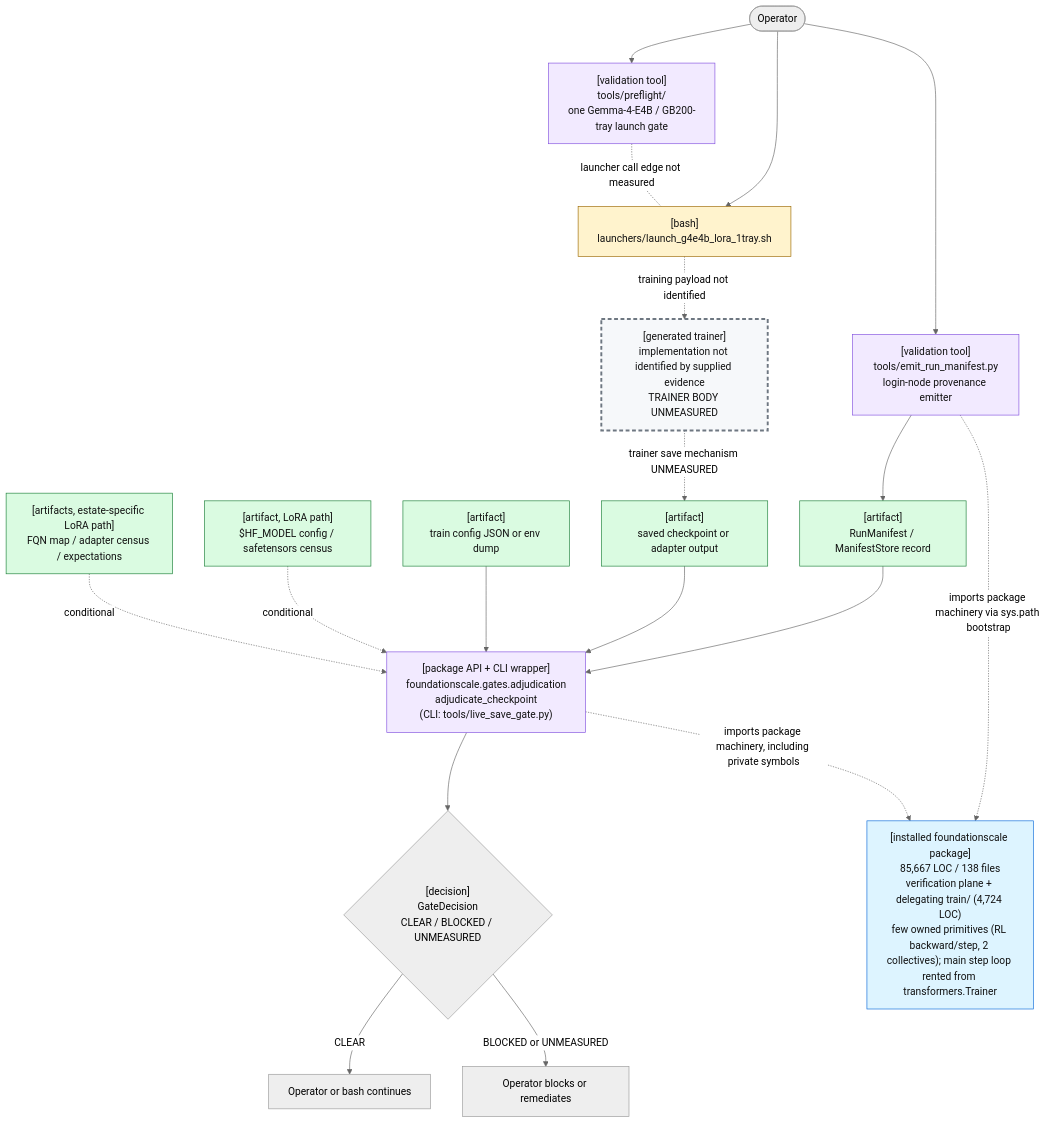
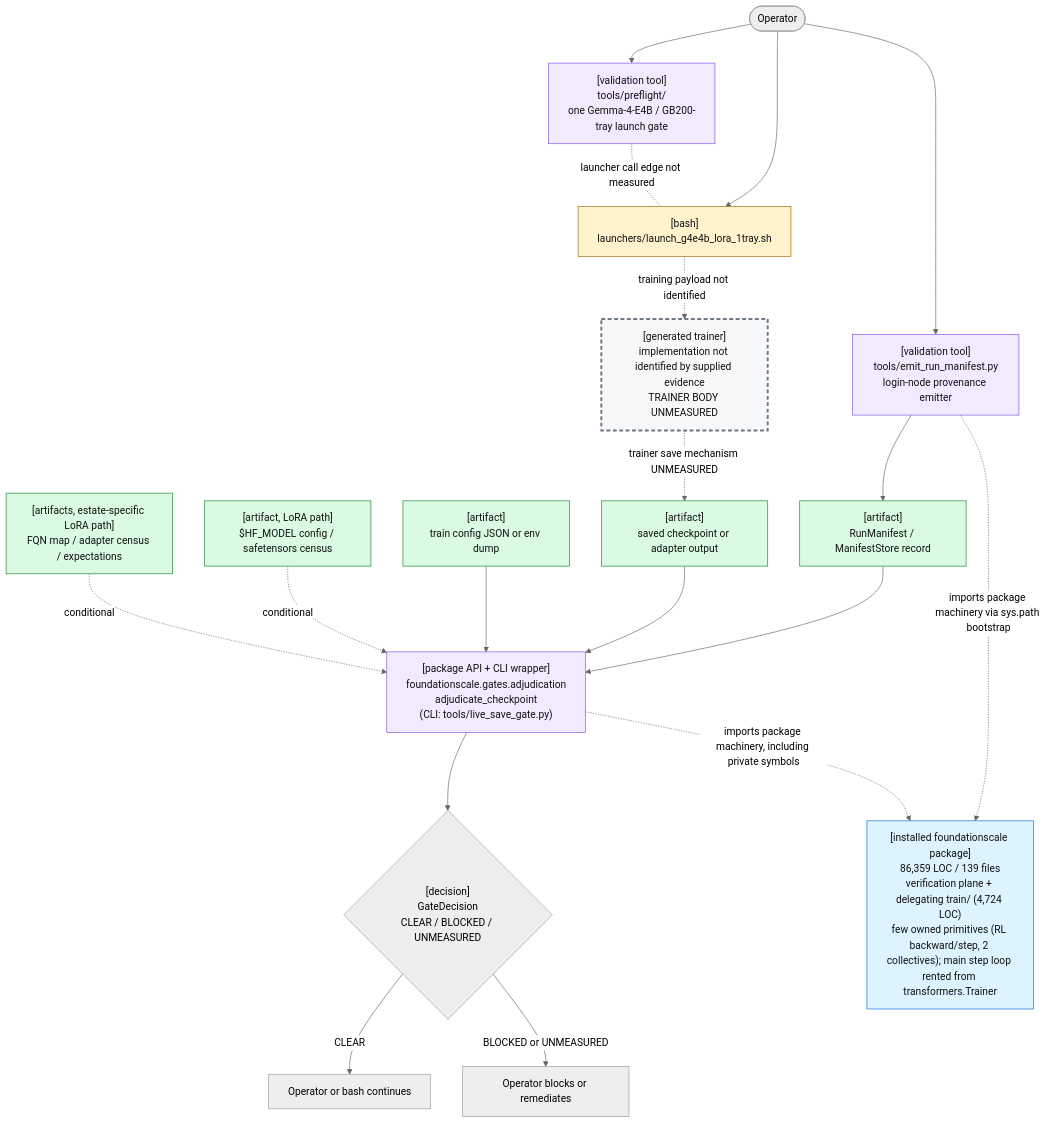
The first of 2 diagrams in docs/review/D2_current_architecture.md (TranNhiem/FoundationScale), drawn with Mermaid (neutral theme) before and after one commit. The commit also changed other lines of this file and 15 other files, not shown here.

````diff
--- a/docs/review/D2_current_architecture.md
+++ b/docs/review/D2_current_architecture.md
@@ -25,59 +25,59 @@
 ```mermaid
 flowchart TB
   O(["Operator"])
 
   PF["[validation tool]<br/>tools/preflight/<br/>one Gemma-4-E4B / GB200-tray launch gate"]
   L["[bash]<br/>launchers/launch_g4e4b_lora_1tray.sh"]
 
   E["[validation tool]<br/>tools/emit_run_manifest.py<br/>login-node provenance emitter"]
   M["[artifact]<br/>RunManifest / ManifestStore record"]
 
   T["[generated trainer]<br/>implementation not identified by supplied evidence<br/>TRAINER BODY UNMEASURED"]
   C["[artifact]<br/>saved checkpoint or adapter output"]
 
   G["[package API + CLI wrapper]<br/>foundationscale.gates.adjudication<br/>adjudicate_checkpoint<br/>(CLI: tools/live_save_gate.py)"]
   CFG["[artifact]<br/>train config JSON or env dump"]
   BASE["[artifact, LoRA path]<br/>$HF_MODEL config / safetensors census"]
   CEN["[artifacts, estate-specific LoRA path]<br/>FQN map / adapter census / expectations"]
 
   D{"[decision]<br/>GateDecision<br/>CLEAR / BLOCKED / UNMEASURED"}
   OK["Operator or bash continues"]
   NO["Operator blocks or remediates"]
 
-  PKG["[installed foundationscale package]<br/>85,667 LOC / 138 files<br/>verification plane + delegating train/ (4,724 LOC)<br/>few owned primitives (RL backward/step, 2 collectives); main step loop rented from transformers.Trainer"]
+  PKG["[installed foundationscale package]<br/>86,359 LOC / 139 files<br/>verification plane + delegating train/ (4,724 LOC)<br/>few owned primitives (RL backward/step, 2 collectives); main step loop rented from transformers.Trainer"]
 
   O --> PF
   O --> L
   PF -. "launcher call edge not measured" .- L
 
   O --> E
   E --> M
 
   L -. "training payload not identified" .-> T
   T -. "trainer save mechanism UNMEASURED" .-> C
 
   M --> G
   C --> G
   CFG --> G
   BASE -. "conditional" .-> G
   CEN -. "conditional" .-> G
 
   E -. "imports package machinery via sys.path bootstrap" .-> PKG
   G -. "imports package machinery, including private symbols" .-> PKG
 
   G --> D
   D -->|"CLEAR"| OK
   D -->|"BLOCKED or UNMEASURED"| NO
 
   classDef bash fill:#fff3cd,stroke:#9a6700,color:#111;
   classDef tool fill:#f2eaff,stroke:#8250df,color:#111;
   classDef artifact fill:#dafbe1,stroke:#1a7f37,color:#111;
   classDef gap fill:#f6f8fa,stroke:#6e7781,stroke-width:3px,stroke-dasharray: 6 4,color:#111;
   classDef pkg fill:#ddf4ff,stroke:#0969da,color:#111;
 
   class L bash;
   class PF,E,G tool;
   class M,C,CFG,BASE,CEN artifact;
   class T gap;
   class PKG pkg;
 ```
````
